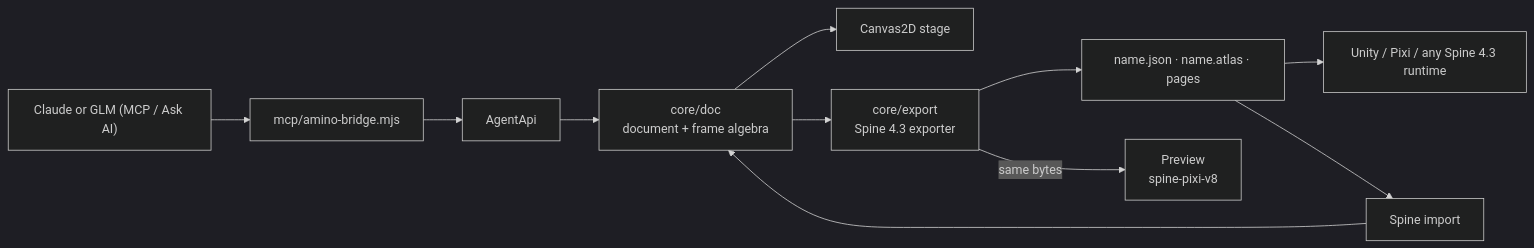
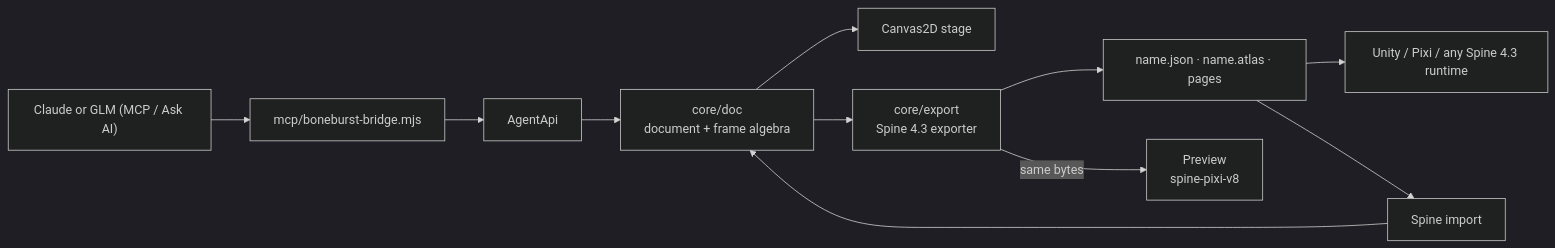
Before and after one commit to 12pnp/M0-Animation-2D: the diagram in README.md, drawn with Mermaid (dark theme). The commit also changed other lines of this file and 21 other files, not shown here.

Commit message:
The app is BoneBurst: title, About, docs, and the AI bridge (boneburst-bridge.mjs, BONEBURST_* with AMINO_* still read, ~/.boneburst-bridge.json)

````diff
--- a/README.md
+++ b/README.md
@@ -12,10 +12,10 @@
 ```mermaid
 flowchart LR
     DOC["core/doc<br/>document + frame algebra"] --> STAGE["Canvas2D stage"]
     DOC --> EXP["core/export<br/>Spine 4.3 exporter"]
     EXP --> FILES["name.json · name.atlas · pages"]
     EXP -->|"same bytes"| PREV["Preview<br/>spine-pixi-v8"]
     FILES --> GAME["Unity / Pixi / any Spine 4.3 runtime"]
     FILES --> IMP["Spine import"] --> DOC
-    AI["Claude or GLM (MCP / Ask AI)"] --> BR["mcp/amino-bridge.mjs"] --> AG["AgentApi"] --> DOC
+    AI["Claude or GLM (MCP / Ask AI)"] --> BR["mcp/boneburst-bridge.mjs"] --> AG["AgentApi"] --> DOC
 ```
````
